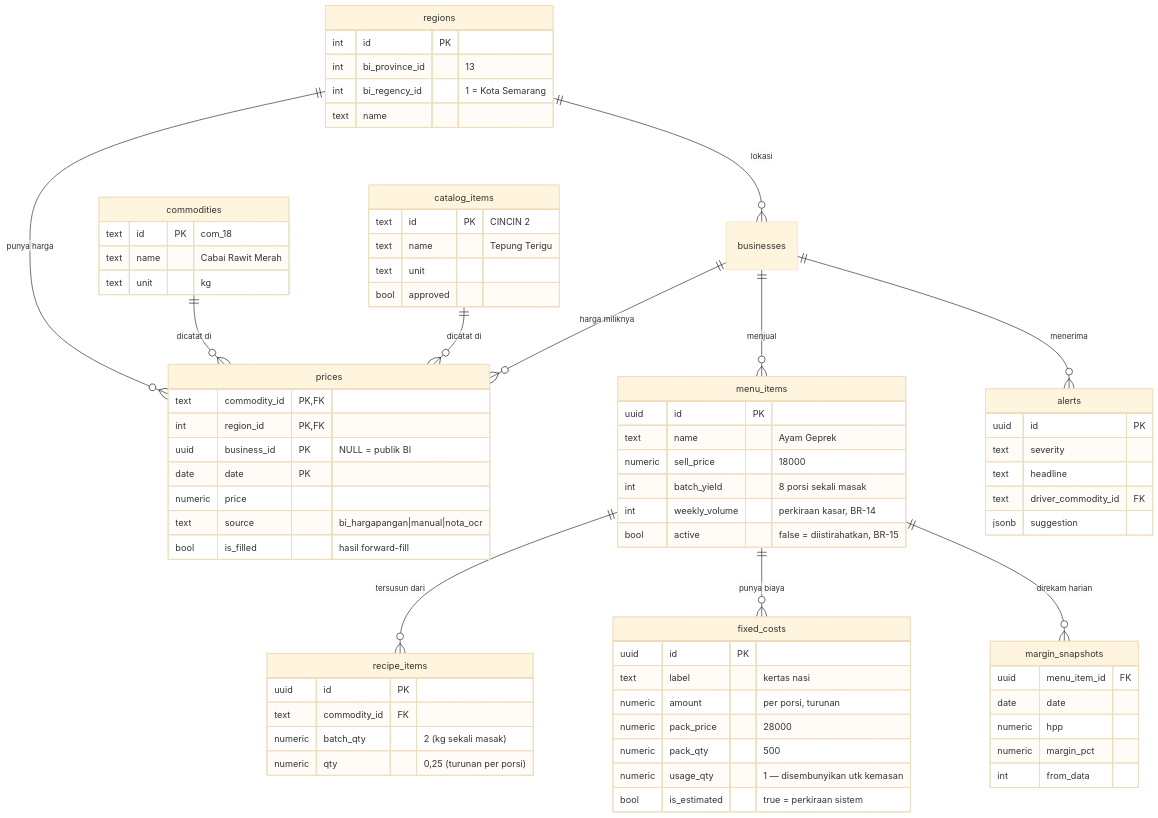
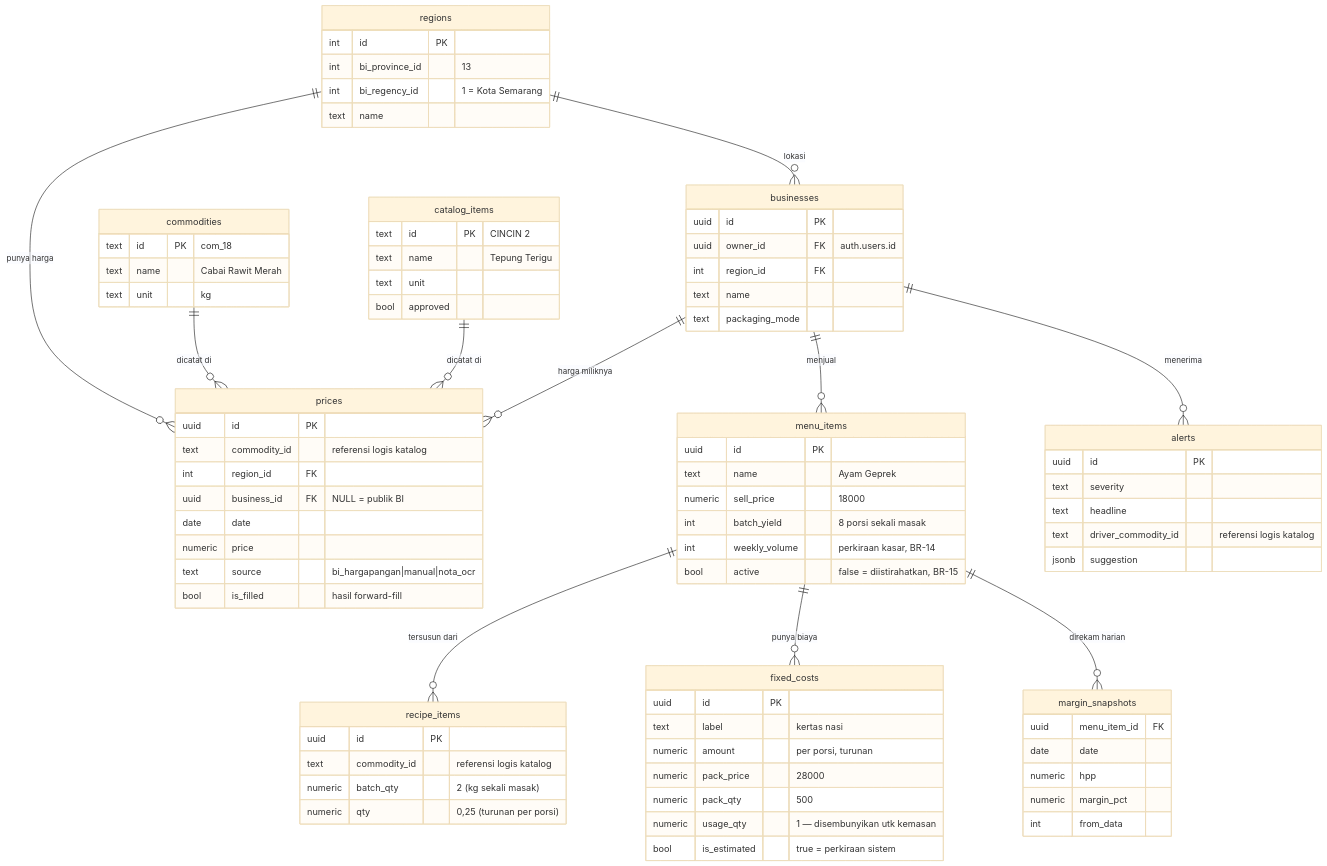
Before and after one commit to ZoeMohamed/Exasti: the diagram in docs/02-ARCHITECTURE.md, drawn with Mermaid (base theme). The commit also changed other lines of this file and 11 other files, not shown here.

Commit message:
Align database architecture and Jakarta timezone

````diff
--- a/docs/02-ARCHITECTURE.md
+++ b/docs/02-ARCHITECTURE.md
@@ -106,11 +109,19 @@
         int  bi_regency_id "1 = Kota Semarang"
         text name
     }
+    businesses {
+        uuid id PK
+        uuid owner_id FK "auth.users.id"
+        int region_id FK
+        text name
+        text packaging_mode
+    }
     prices {
-        text    commodity_id PK,FK
-        int     region_id PK,FK
-        uuid    business_id PK "NULL = publik BI"
-        date    date PK
+        uuid    id PK
+        text    commodity_id "referensi logis katalog"
+        int     region_id FK
+        uuid    business_id FK "NULL = publik BI"
+        date    date
         numeric price
         text    source "bi_hargapangan|manual|nota_ocr"
         bool    is_filled "hasil forward-fill"
@@ -125,7 +136,7 @@
     }
     recipe_items {
         uuid    id PK
-        text    commodity_id FK
+        text    commodity_id "referensi logis katalog"
         numeric batch_qty "2 (kg sekali masak)"
         numeric qty "0,25 (turunan per porsi)"
     }
@@ -149,7 +160,7 @@
         uuid  id PK
         text  severity
         text  headline
-        text  driver_commodity_id FK
+        text  driver_commodity_id "referensi logis katalog"
         jsonb suggestion
     }
 ```
````
